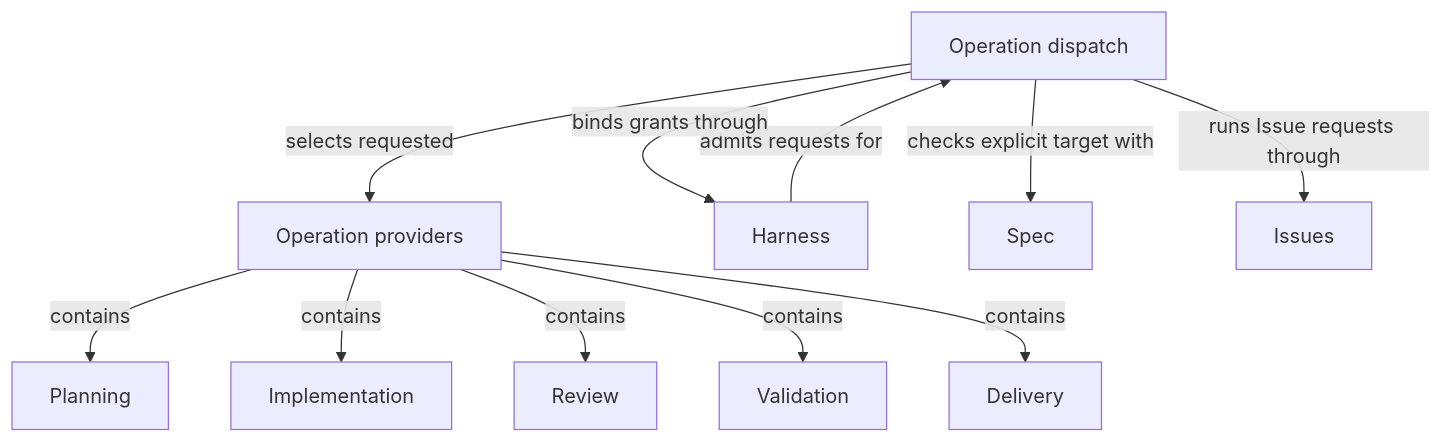
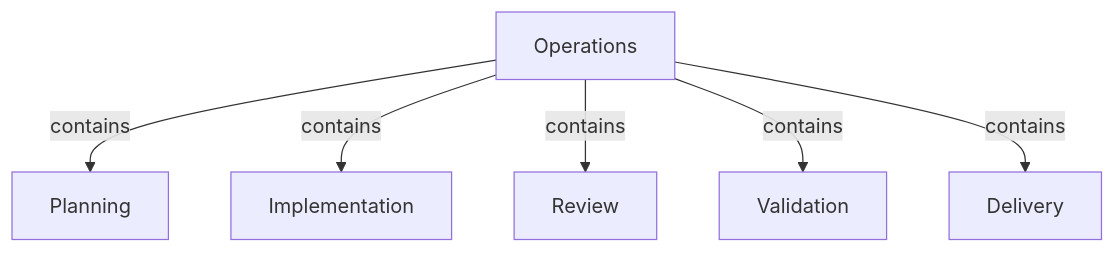
Before and after one commit to FTOD/concorde: the second of 3 diagrams in specs/concorde/operations/module.md, drawn with Mermaid. The commit also changed other lines of this file and 370 other files, not shown here.

````diff
--- a/specs/concorde/operations/module.md
+++ b/specs/concorde/operations/module.md
@@ -73,25 +179,16 @@
 ```mermaid
 flowchart TB
-    accTitle: Retained Operation providers
-    accDescr: Admission reaches dispatch, which binds explicit context and selects a retained provider.
-    operations["Operation providers"]
-    dispatch["Operation dispatch"]
-    harness["Harness"]
-    spec["Spec"]
-    issues["Issues"]
-    planning["Planning"]
-    implementation["Implementation"]
-    review["Review"]
-    validation["Validation"]
-    delivery["Delivery"]
-    harness -->|admits requests for| dispatch
-    dispatch -->|selects requested| operations
-    dispatch -->|checks explicit target with| spec
-    dispatch -->|runs Issue requests through| issues
-    dispatch -->|binds grants through| harness
-    operations -->|contains| planning
-    operations -->|contains| implementation
-    operations -->|contains| review
-    operations -->|contains| validation
-    operations -->|contains| delivery
+    accTitle: Operations and its providers
+    accDescr: Operations contains the five provider Modules that own the behaviour of most capabilities.
+    ops[Operations]
+    planning[Planning]
+    implementation[Implementation]
+    review[Review]
+    validation[Validation]
+    delivery[Delivery]
+    ops -->|contains| planning
+    ops -->|contains| implementation
+    ops -->|contains| review
+    ops -->|contains| validation
+    ops -->|contains| delivery
 ```
````
